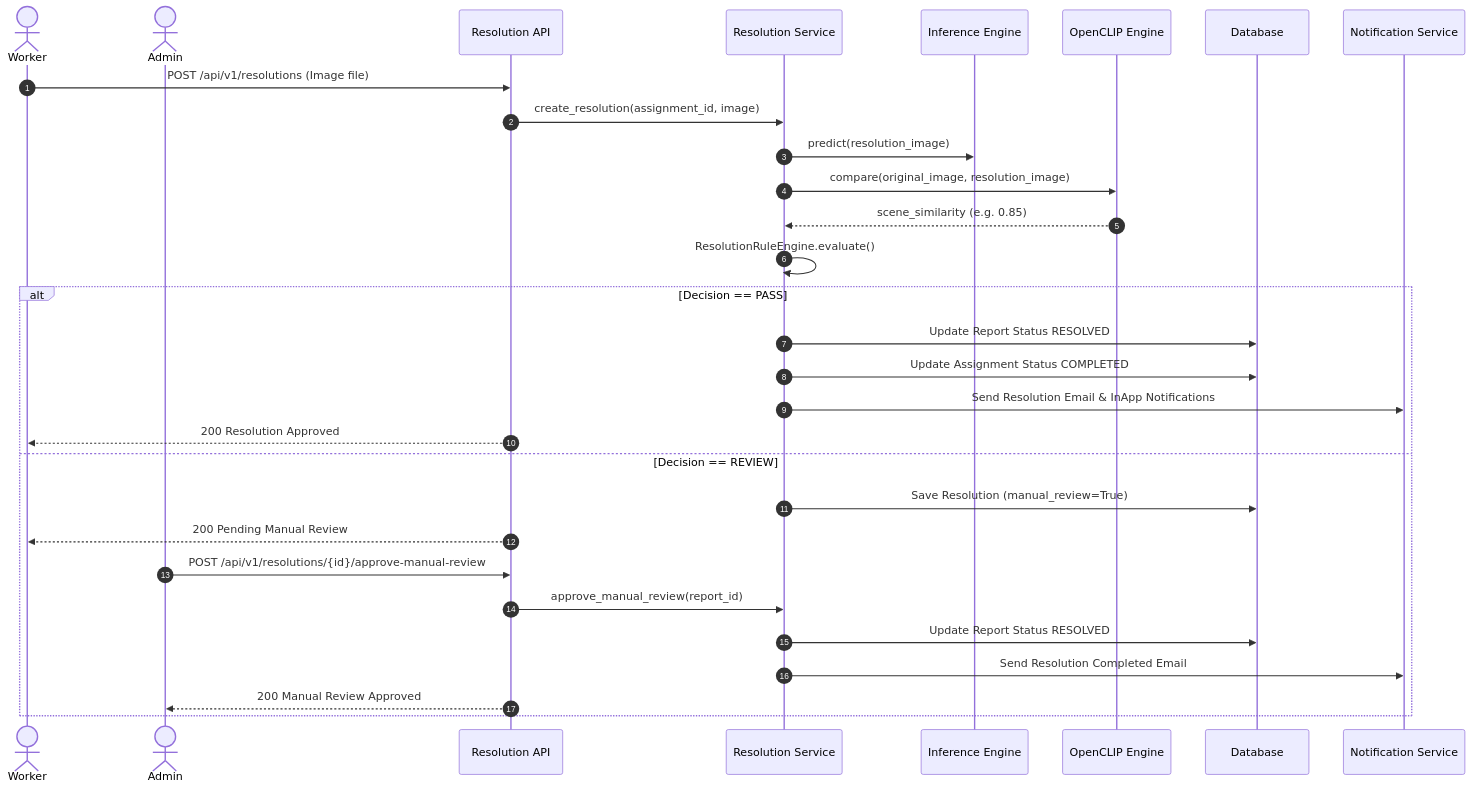
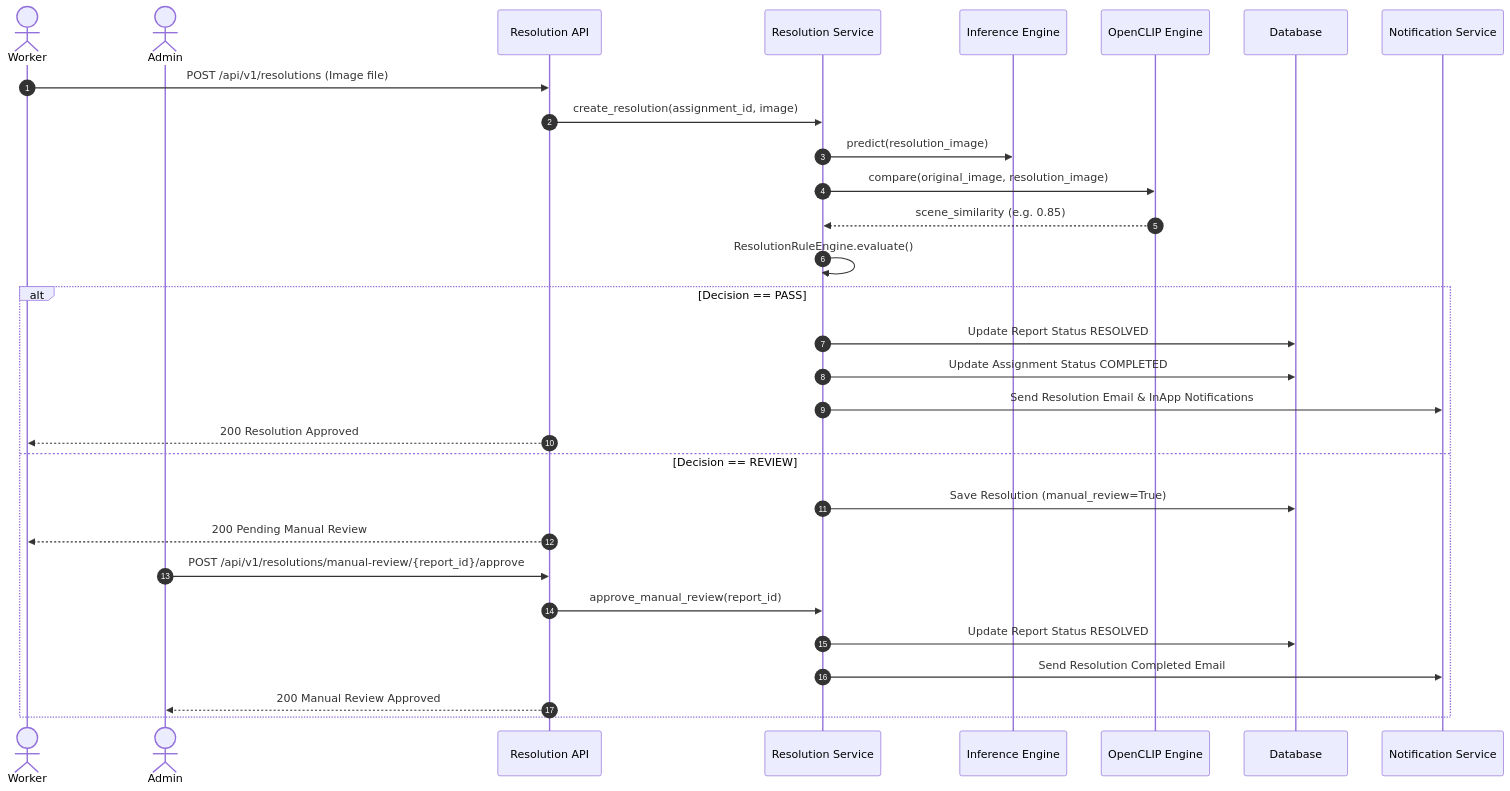
One commit to AbhishekVishwakarma2027/CSCRS changed diagram 11 of 18 in docs/ARCHITECTURE.md. Above: the diagram before and after it, drawn with Mermaid. The commit also changed other lines of this file and 35 other files, not shown here.

````diff
--- a/docs/ARCHITECTURE.md
+++ b/docs/ARCHITECTURE.md
@@ -327,34 +327,34 @@
 ```mermaid
 sequenceDiagram
     autonumber
     actor Worker
     actor Admin
     participant ResAPI as Resolution API
     participant ResSvc as Resolution Service
     participant Infer as Inference Engine
     participant CLIP as OpenCLIP Engine
     participant DB as Database
     participant Notif as Notification Service
 
     Worker->>ResAPI: POST /api/v1/resolutions (Image file)
     ResAPI->>ResSvc: create_resolution(assignment_id, image)
     ResSvc->>Infer: predict(resolution_image)
     ResSvc->>CLIP: compare(original_image, resolution_image)
     CLIP-->>ResSvc: scene_similarity (e.g. 0.85)
     ResSvc->>ResSvc: ResolutionRuleEngine.evaluate()
     
     alt Decision == PASS
         ResSvc->>DB: Update Report Status RESOLVED
         ResSvc->>DB: Update Assignment Status COMPLETED
         ResSvc->>Notif: Send Resolution Email & InApp Notifications
         ResAPI-->>Worker: 200 Resolution Approved
     else Decision == REVIEW
         ResSvc->>DB: Save Resolution (manual_review=True)
         ResAPI-->>Worker: 200 Pending Manual Review
-        Admin->>ResAPI: POST /api/v1/resolutions/{id}/approve-manual-review
+        Admin->>ResAPI: POST /api/v1/resolutions/manual-review/{report_id}/approve
         ResAPI->>ResSvc: approve_manual_review(report_id)
         ResSvc->>DB: Update Report Status RESOLVED
         ResSvc->>Notif: Send Resolution Completed Email
         ResAPI-->>Admin: 200 Manual Review Approved
     end
 ```
````
